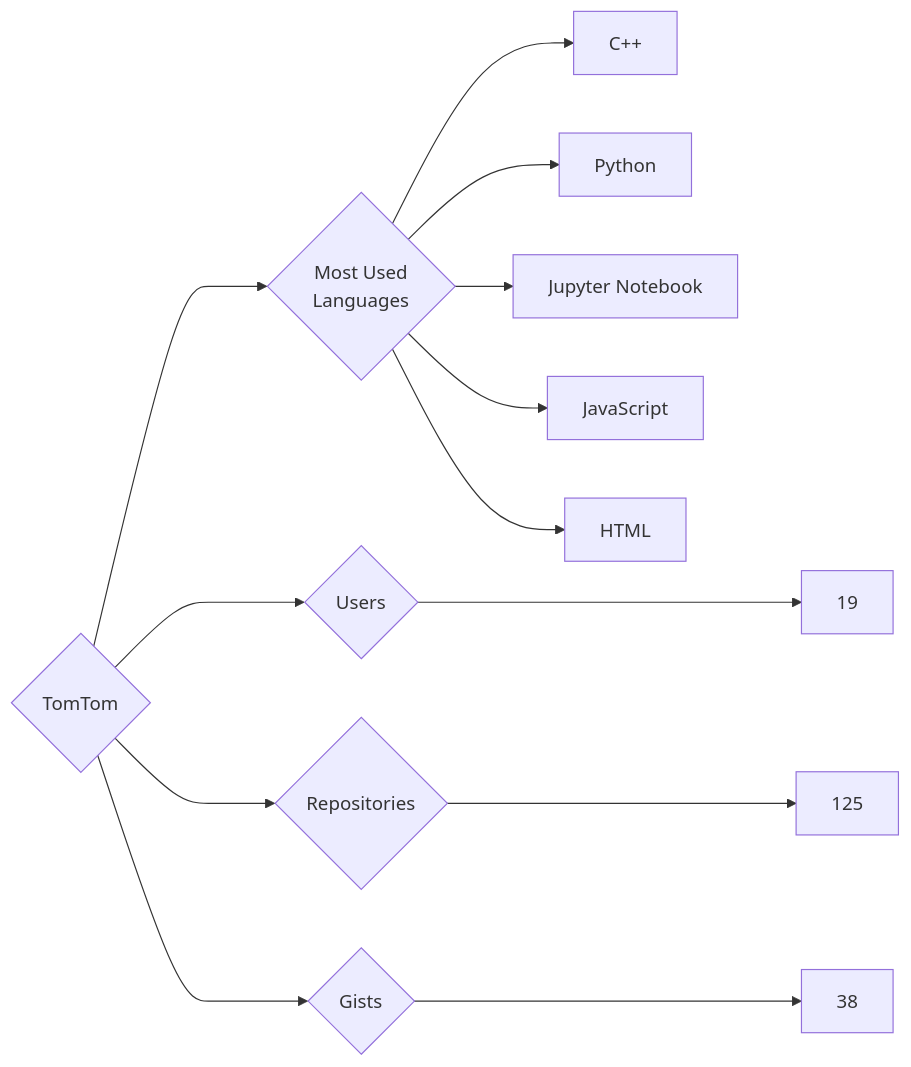
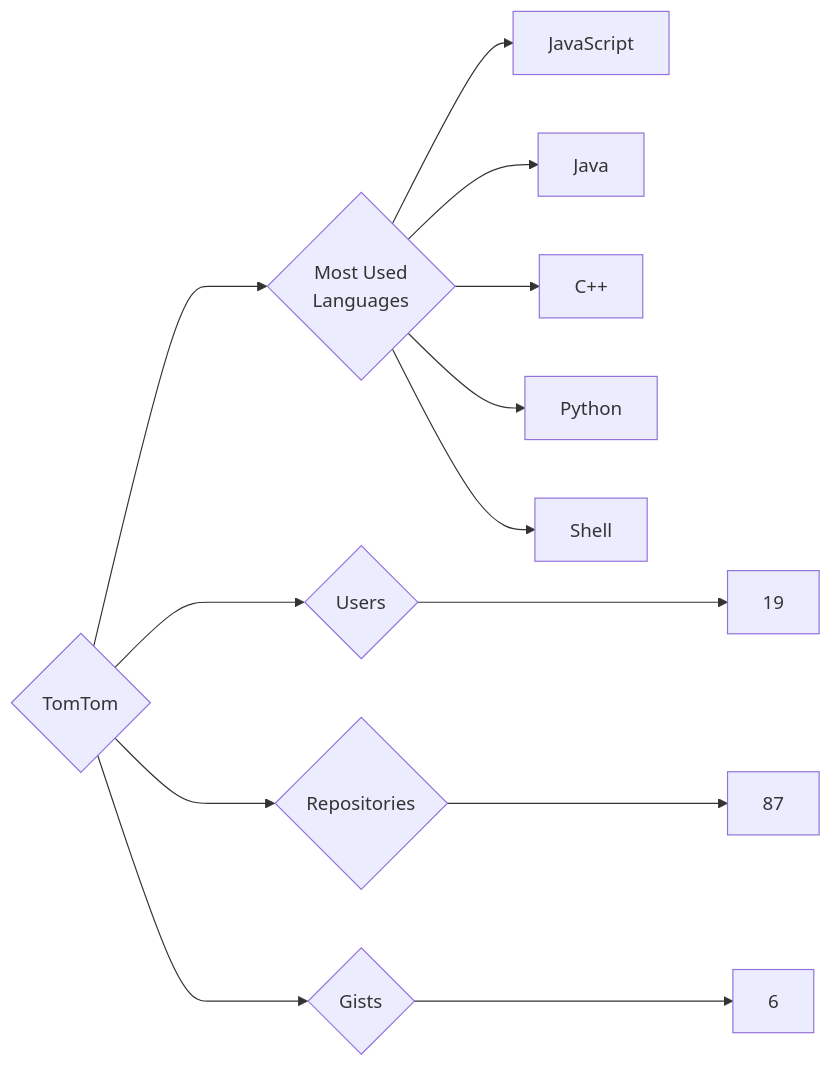
The diagram in targets/TomTom/README.md (trickest/insiders), drawn with Mermaid before and after one commit. The commit also changed 970 other files, not shown here.

````diff
--- a/targets/TomTom/README.md
+++ b/targets/TomTom/README.md
@@ -3,13 +3,13 @@
 ```mermaid
 graph LR
 COMPANY_NAME{TomTom}
 COMPANY_NAME ---> U{Users} ---> UN[19]
-COMPANY_NAME ---> R{Repositories} ---> RN[125]
-COMPANY_NAME ---> G{Gists} ---> GN[38]
+COMPANY_NAME ---> R{Repositories} ---> RN[87]
+COMPANY_NAME ---> G{Gists} ---> GN[6]
 COMPANY_NAME ---> ML{Most Used<br>Languages}
+ML --> JavaScript[JavaScript]
+ML --> Java[Java]
 ML --> C++[C++]
 ML --> Python[Python]
-ML --> Jupyter_Notebook[Jupyter Notebook]
-ML --> JavaScript[JavaScript]
-ML --> HTML[HTML]
+ML --> Shell[Shell]
 ```
````
